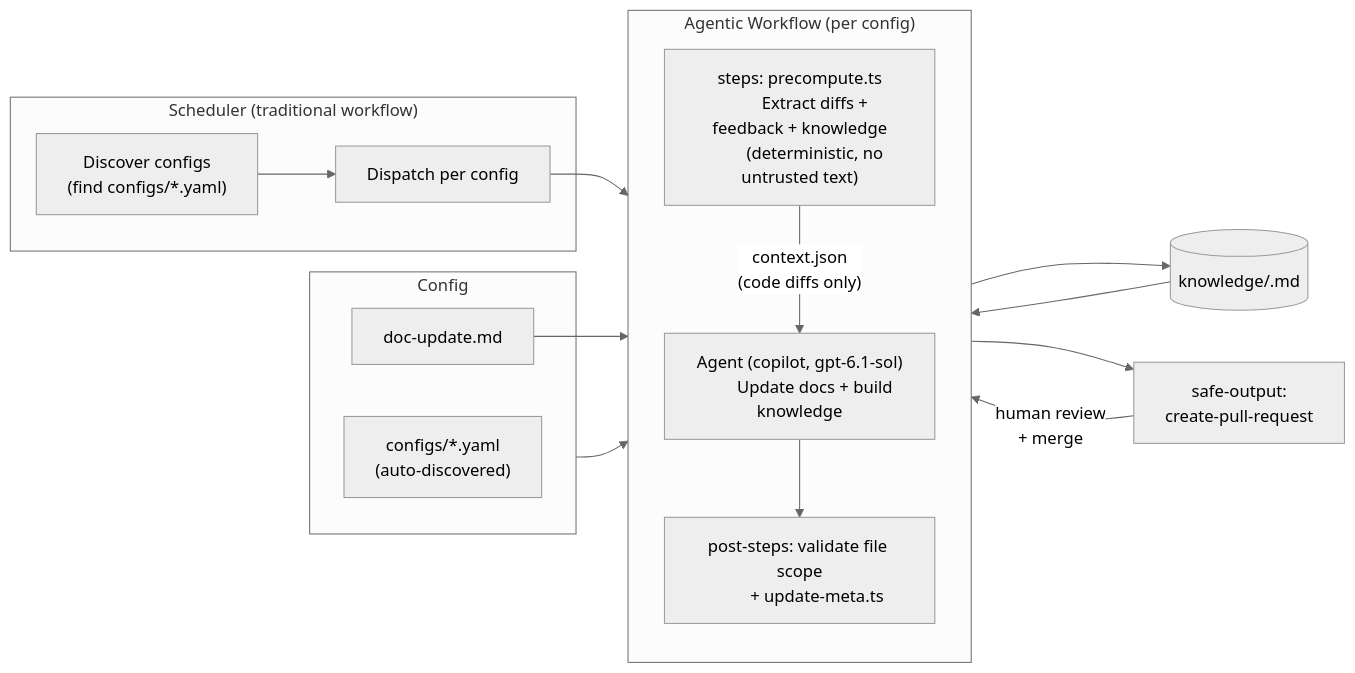
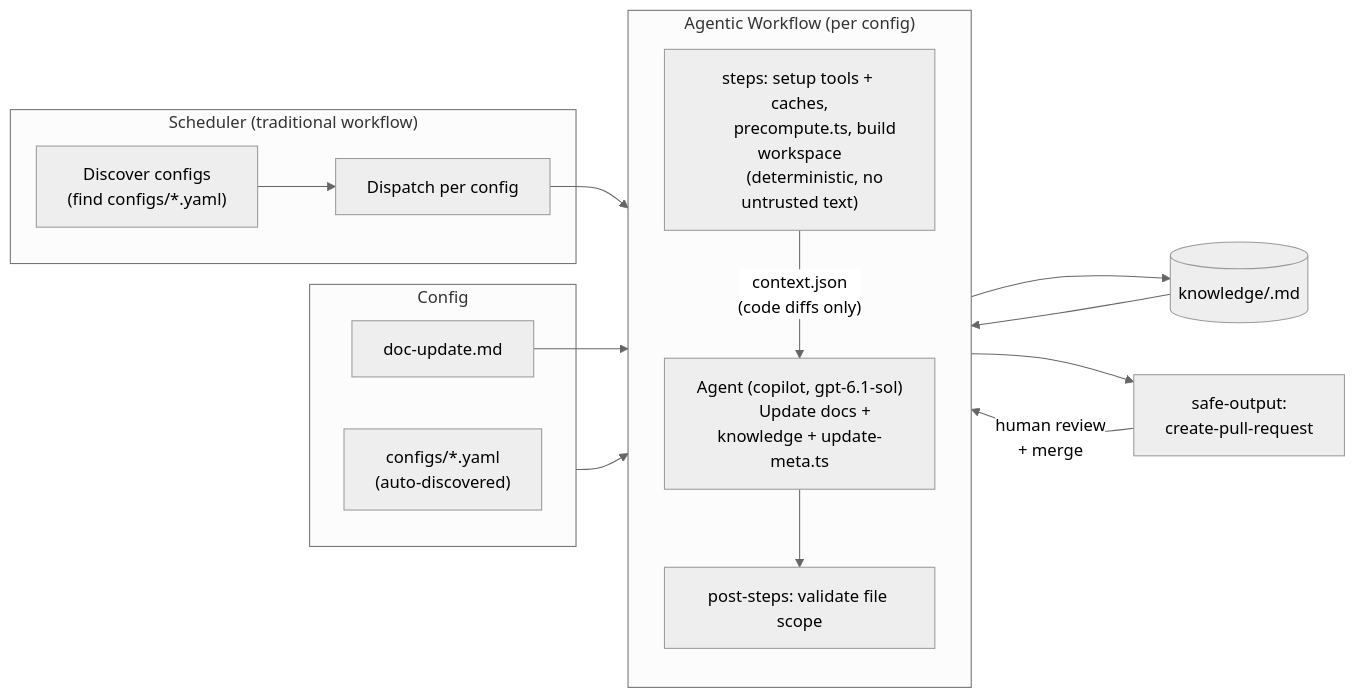
Before and after one commit to Azure/typespec-azure: the diagram in eng/scripts/doc-updater/flow.md, drawn with Mermaid (neutral theme). The commit also changed 8 other files, not shown here.

First line of the commit message:
Fix doc-update agent sandbox tools, caches, and offline metadata updates

````diff
--- a/eng/scripts/doc-updater/flow.md
+++ b/eng/scripts/doc-updater/flow.md
@@ -3,43 +3,42 @@
 ```mermaid
 flowchart LR
     subgraph Config
         YAML["configs/*.yaml
         (auto-discovered)"]
         PROMPT[doc-update.md]
     end
 
     subgraph "Scheduler (traditional workflow)"
         DISCOVER["Discover configs
         (find configs/*.yaml)"]
         DISPATCH[Dispatch per config]
     end
 
     subgraph "Agentic Workflow (per config)"
         direction TB
-        PRECOMPUTE["steps: precompute.ts
-        Extract diffs + feedback + knowledge
+        PRECOMPUTE["steps: setup tools + caches,
+        precompute.ts, build workspace
         (deterministic, no untrusted text)"]
         AGENT["Agent (copilot, gpt-6.1-sol)
-        Update docs + build knowledge"]
-        VALIDATE["post-steps: validate file scope
-        + update-meta.ts"]
+        Update docs + knowledge + update-meta.ts"]
+        VALIDATE["post-steps: validate file scope"]
     end
 
     Config --> PRECOMPUTE
     DISCOVER --> DISPATCH
     DISPATCH --> PRECOMPUTE
     PRECOMPUTE -->|"context.json
     (code diffs only)"| AGENT
     PROMPT --> AGENT
     AGENT --> VALIDATE
 
     KB[(knowledge/<config>.md)]
     PR["safe-output:
     create-pull-request"]
 
     KB --> PRECOMPUTE
     AGENT --> KB
     VALIDATE --> PR
     PR -->|"human review
     + merge"| PRECOMPUTE
 ```
````
